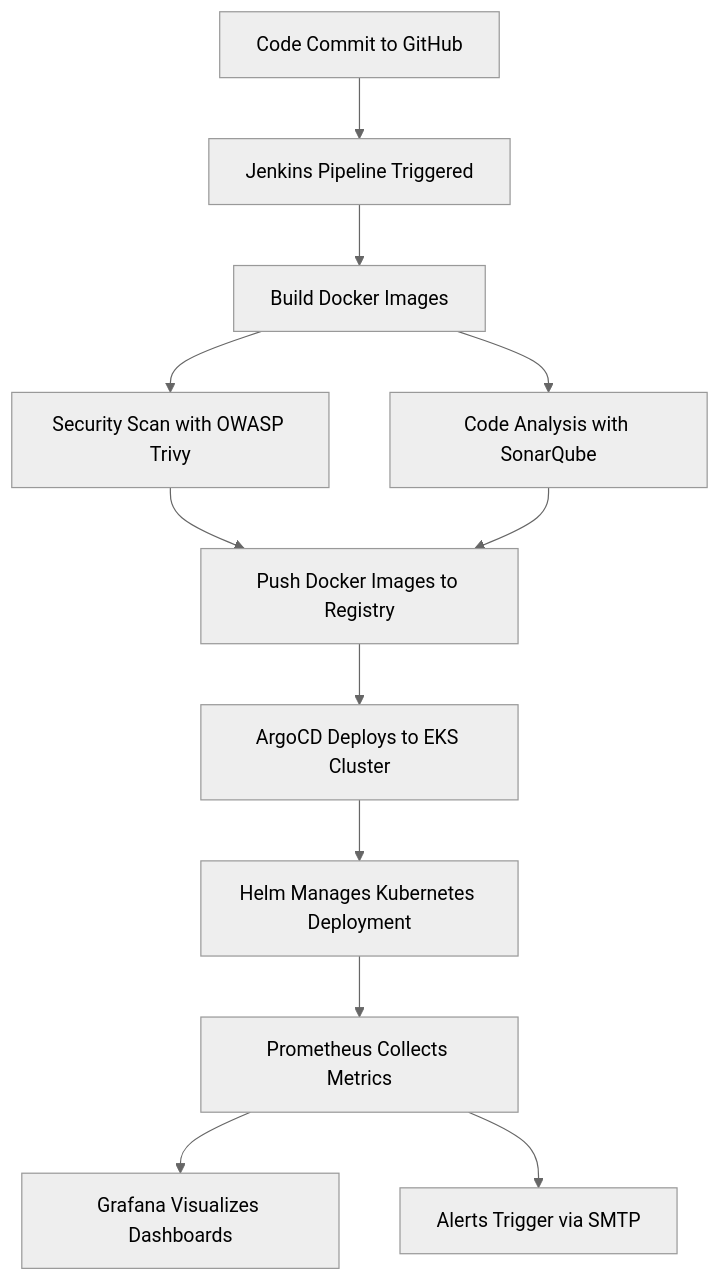
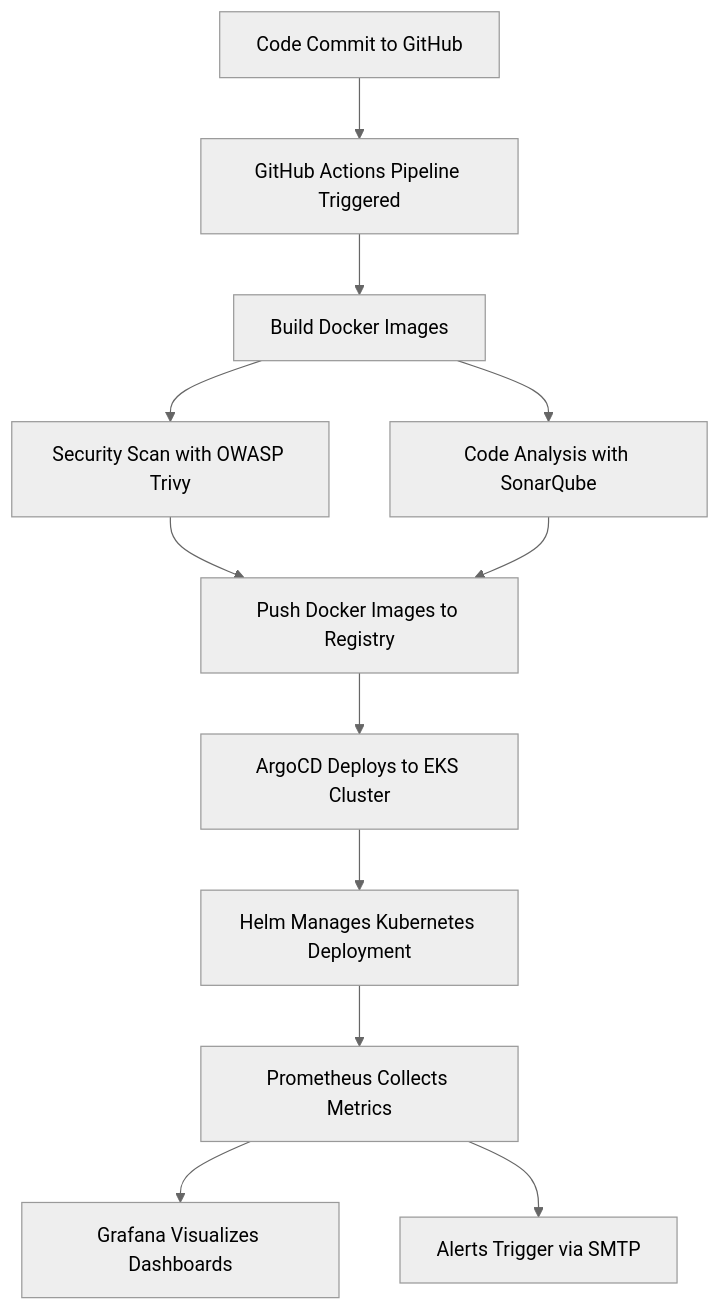
Before and after one commit to abhinavellath/MERN-MovieApp-3-Tier: the diagram in README.md, drawn with Mermaid (neutral theme). The commit also changed other lines of this file, not shown here.

````diff
--- a/README.md
+++ b/README.md
@@ -24,14 +24,14 @@
 ```mermaid
 flowchart TD
-    A[Code Commit to GitHub] --> B[Jenkins Pipeline Triggered]
+    A[Code Commit to GitHub] --> B[GitHub Actions Pipeline Triggered]
     B --> C[Build Docker Images ]
     C --> D[Security Scan with OWASP Trivy]
     C --> E[Code Analysis with SonarQube]
     D --> F[Push Docker Images to Registry]
     E --> F
     F --> G[ArgoCD Deploys to EKS Cluster]
     G --> H[Helm Manages Kubernetes Deployment]
     H --> I[Prometheus Collects Metrics]
     I --> J[Grafana Visualizes Dashboards]
     I --> K[Alerts Trigger via SMTP]
 ```
````
